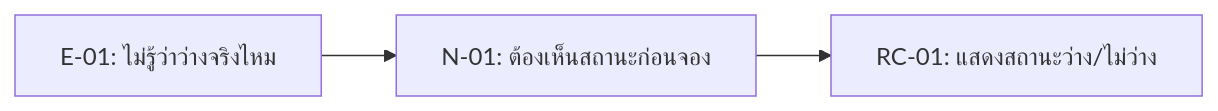
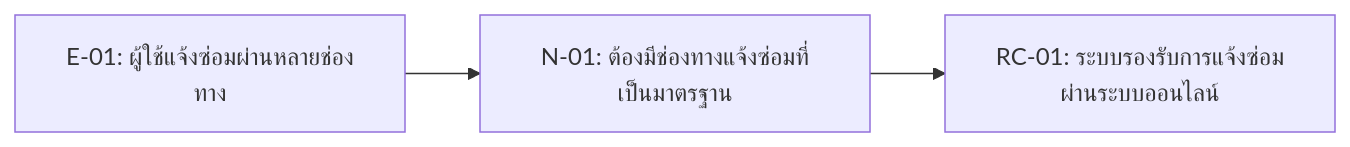
Before and after one commit to Aonney/ENGSE206-Group02-classroom-and-lab-maintenance-reporting: the diagram in docs/04-requirement-candidates.md, drawn with Mermaid. The commit also changed other lines of this file, not shown here.

````diff
--- a/docs/04-requirement-candidates.md
+++ b/docs/04-requirement-candidates.md
@@ -13,5 +13,5 @@
 ```mermaid
 flowchart LR
-    E["E-01: ไม่รู้ว่าว่างจริงไหม"] --> N["N-01: ต้องเห็นสถานะก่อนจอง"]
-    N --> R["RC-01: แสดงสถานะว่าง/ไม่ว่าง"]
+    E["E-01: ผู้ใช้แจ้งซ่อมผ่านหลายช่องทาง"] --> N["N-01: ต้องมีช่องทางแจ้งซ่อมที่เป็นมาตรฐาน"]
+    N --> R["RC-01: ระบบรองรับการแจ้งซ่อมผ่านระบบออนไลน์"]
 ```
````
